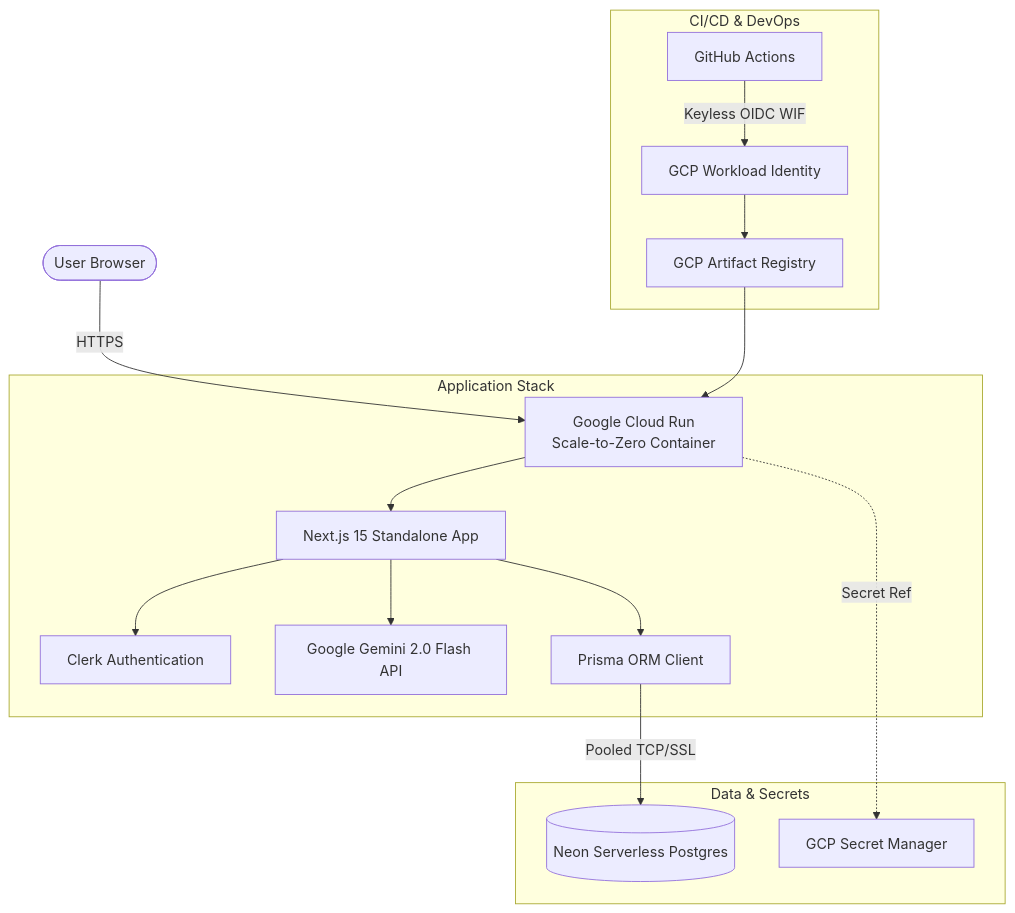
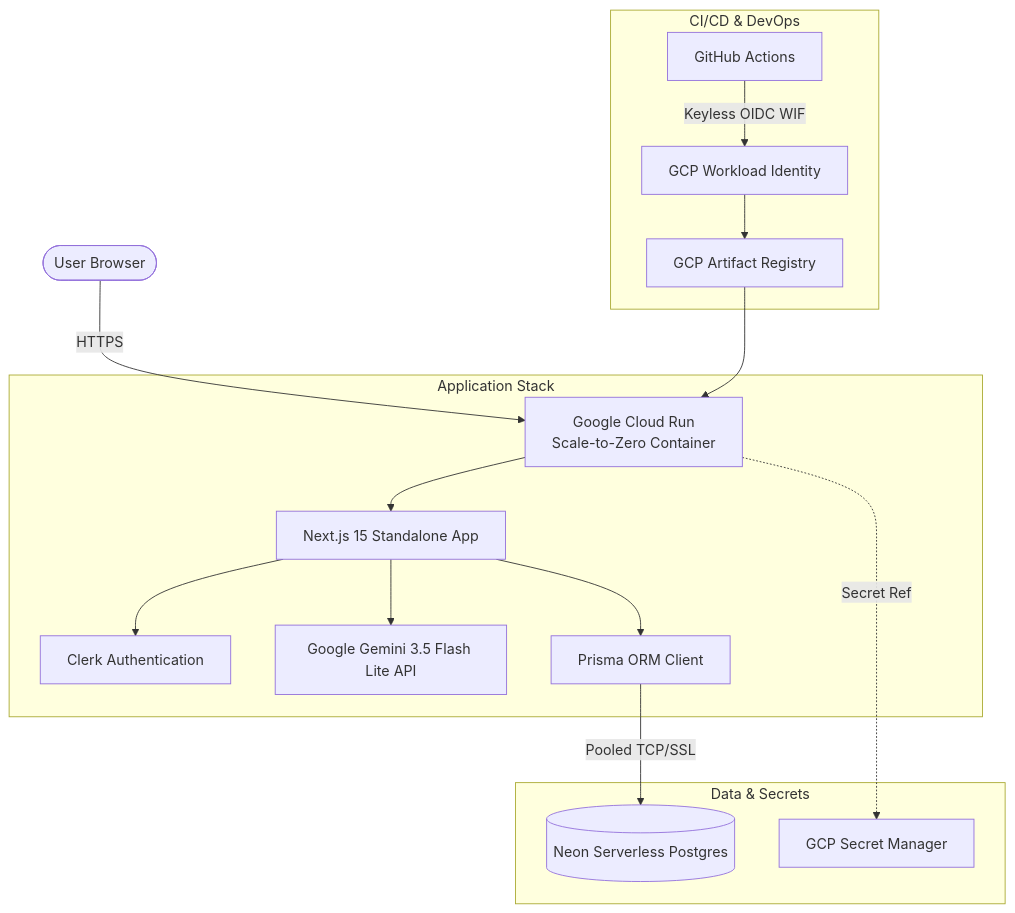
Before and after one commit to AdnanGhani07/nextjs-expense-tracker-website: the diagram in README.md, drawn with Mermaid. The commit also changed other lines of this file and 1 other file, not shown here.

````diff
--- a/README.md
+++ b/README.md
@@ -47,22 +47,22 @@
 ```mermaid
 graph TD
     User([User Browser]) -->|HTTPS| CloudRun[Google Cloud Run<br/>Scale-to-Zero Container]
     
     subgraph Application Stack
         CloudRun --> NextApp[Next.js 15 Standalone App]
         NextApp --> ClerkAuth[Clerk Authentication]
-        NextApp --> GeminiAI[Google Gemini 2.0 Flash API]
+        NextApp --> GeminiAI[Google Gemini 3.5 Flash Lite API]
         NextApp --> PrismaORM[Prisma ORM Client]
     end
 
     subgraph Data & Secrets
         PrismaORM -->|Pooled TCP/SSL| NeonDB[(Neon Serverless Postgres)]
         CloudRun -.->|Secret Ref| SecretMgr[GCP Secret Manager]
     end
 
     subgraph CI/CD & DevOps
         GitHub[GitHub Actions] -->|Keyless OIDC WIF| GCPAuth[GCP Workload Identity]
         GCPAuth --> ArtifactReg[GCP Artifact Registry]
         ArtifactReg --> CloudRun
     end
 ```
````
